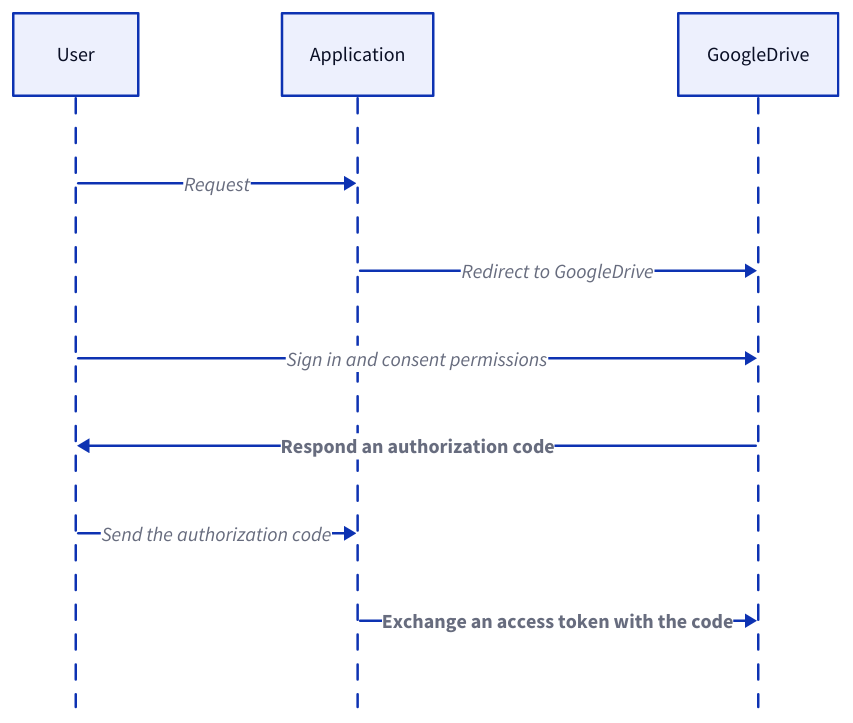
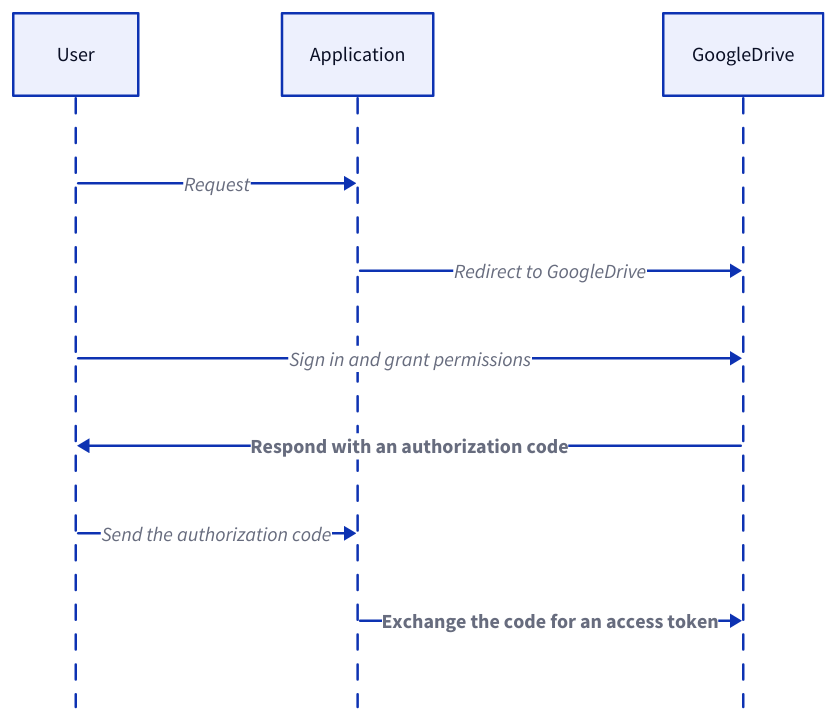
Diagram 23 of 26 in content/system-administration/system-protection/iam.md (link1905/system-design-101), drawn with D2 before and after one commit. The commit also changed other lines of this file and 42 other files, not shown here.

````diff
--- a/content/system-administration/system-protection/iam.md
+++ b/content/system-administration/system-protection/iam.md
@@ -857,22 +850,22 @@
 ```d2
 shape: sequence_diagram
 u: User {
   class: client
 }
 s: Application {
   class: server
 }
 g: GoogleDrive {
   class: google
 }
 u -> s: Request
 s -> g: Redirect to GoogleDrive
-u -> g: Sign in and consent permissions
-g -> u: Respond an authorization code {
+u -> g: Sign in and grant permissions
+g -> u: Respond with an authorization code {
   style.bold: true
 }
 u -> s: Send the authorization code
-s -> g: Exchange an access token with the code {
+s -> g: Exchange the code for an access token {
   style.bold: true
 }
 ```
````
